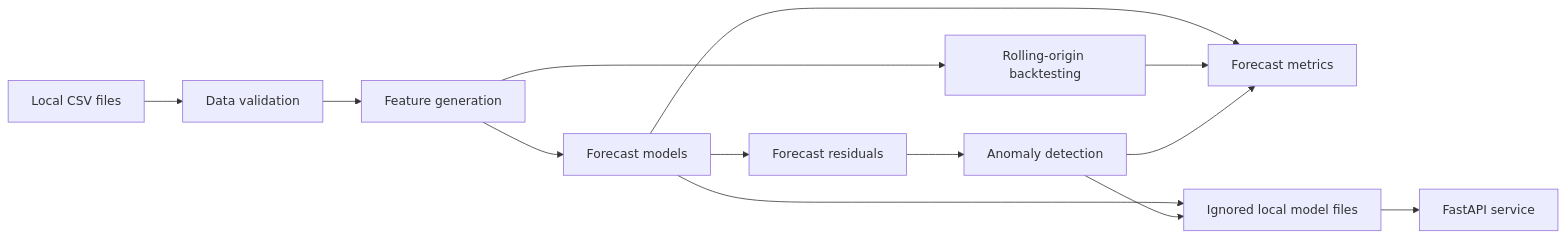
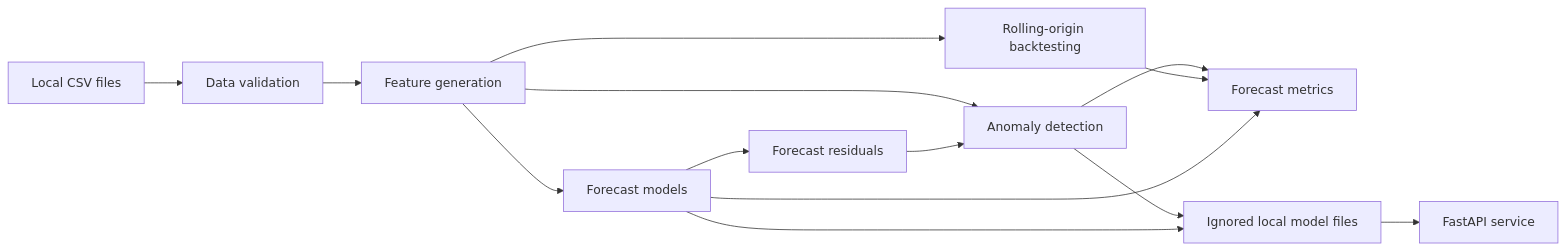
One commit to AmmarHafeez/energy-forecasting-anomaly-platform changed the diagram in docs/architecture.md. Above: the diagram before and after it, drawn with Mermaid. The commit also changed other lines of this file and 9 other files, not shown here.

````diff
--- a/docs/architecture.md
+++ b/docs/architecture.md
@@ -5,15 +5,16 @@
 ```mermaid
 flowchart LR
     CSV["Local CSV files"] --> Parser["Data validation"]
     Parser --> Features["Feature generation"]
     Features --> Forecast["Forecast models"]
     Features --> Backtest["Rolling-origin backtesting"]
     Forecast --> Residuals["Forecast residuals"]
     Residuals --> Anomaly["Anomaly detection"]
+    Features --> Anomaly
     Forecast --> Metrics["Forecast metrics"]
     Backtest --> Metrics
     Anomaly --> Metrics
     Forecast --> Store["Ignored local model files"]
     Anomaly --> Store
     Store --> API["FastAPI service"]
 ```
````
